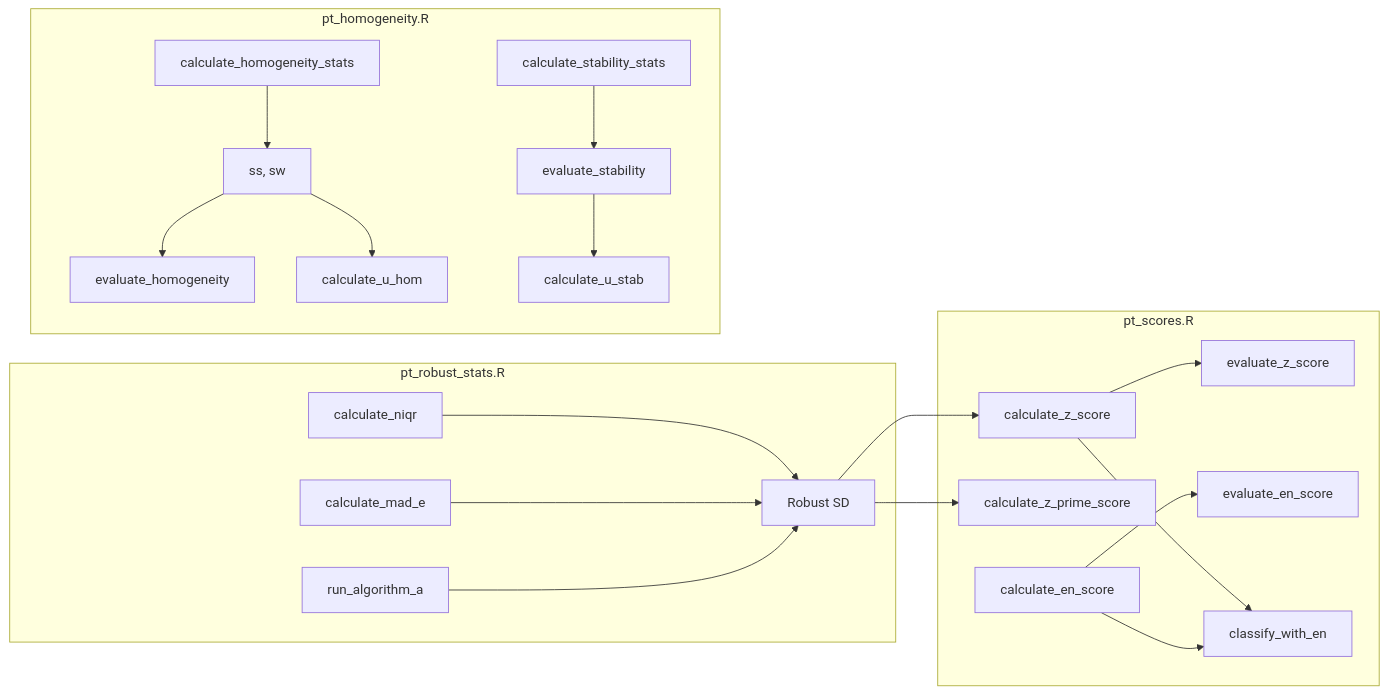
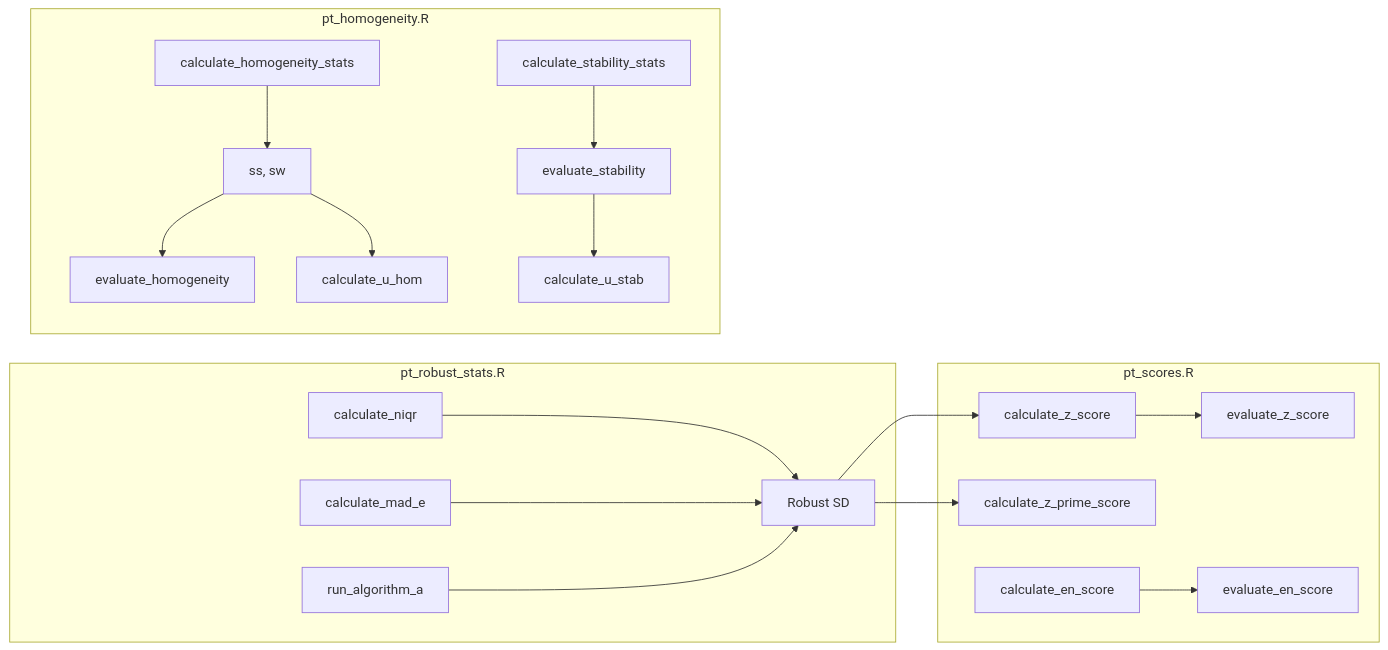
The diagram in es/02_paquete_ptcalc.md (willl182/pt_app), drawn with Mermaid before and after one commit. The commit also changed other lines of this file and 70 other files, not shown here.

````diff
--- a/es/02_paquete_ptcalc.md
+++ b/es/02_paquete_ptcalc.md
@@ -66,25 +66,23 @@
 ```mermaid
 graph LR
     subgraph "pt_robust_stats.R"
         A[calculate_niqr] --> D[Robust SD]
         B[calculate_mad_e] --> D
         C[run_algorithm_a] --> D
     end
     
     subgraph "pt_homogeneity.R"
         E[calculate_homogeneity_stats] --> F[ss, sw]
         F --> G[evaluate_homogeneity]
         H[calculate_stability_stats] --> I[evaluate_stability]
         F --> J[calculate_u_hom]
         I --> K[calculate_u_stab]
     end
     
     subgraph "pt_scores.R"
         D --> L[calculate_z_score]
         D --> M[calculate_z_prime_score]
         L --> N[evaluate_z_score]
         O[calculate_en_score] --> P[evaluate_en_score]
-        L --> Q[classify_with_en]
-        O --> Q
     end
 ```
````
